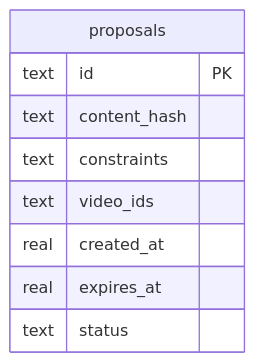
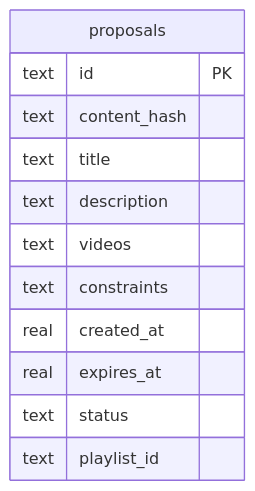
Before and after one commit to Chris-ops4573/Youtube_MCP_Server: the second of 2 diagrams in docs/Areas/Design Data.md, drawn with Mermaid. The commit also changed other lines of this file and 30 other files, not shown here.

````diff
--- a/docs/Areas/Design Data.md
+++ b/docs/Areas/Design Data.md
@@ -50,12 +50,15 @@
 ```mermaid
 erDiagram
   proposals {
     text id PK
     text content_hash
+    text title
+    text description
+    text videos
     text constraints
-    text video_ids
     real created_at
     real expires_at
     text status
+    text playlist_id
   }
 ```
````
